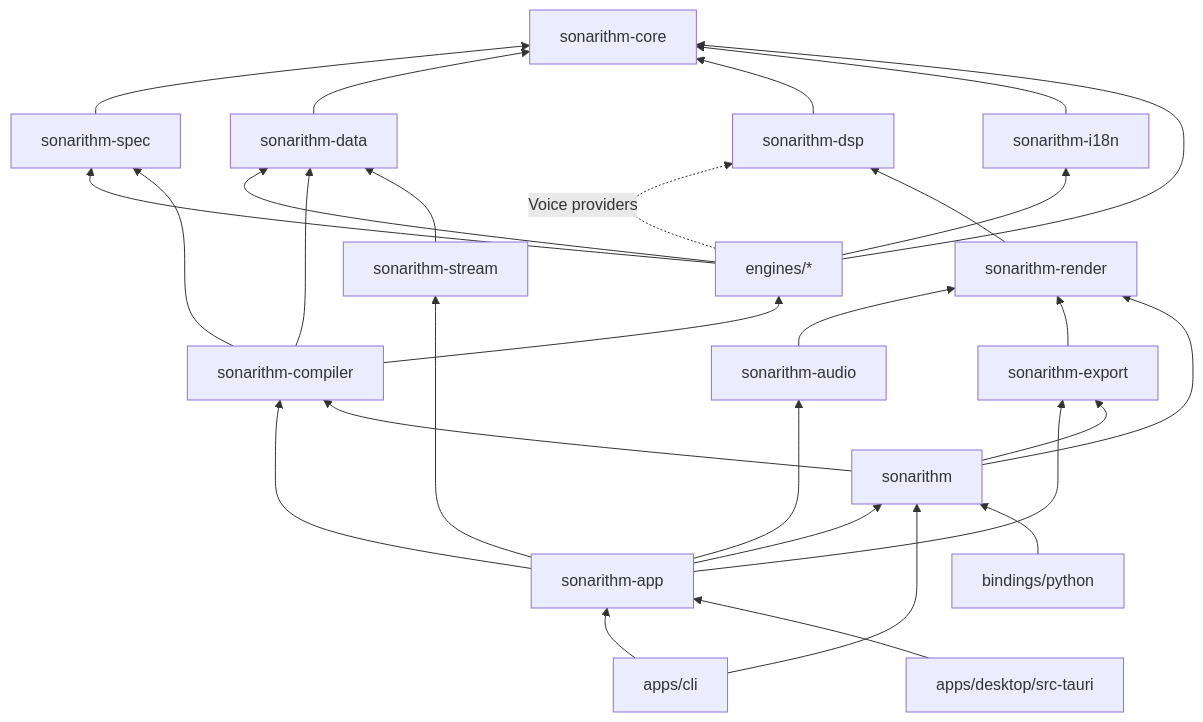
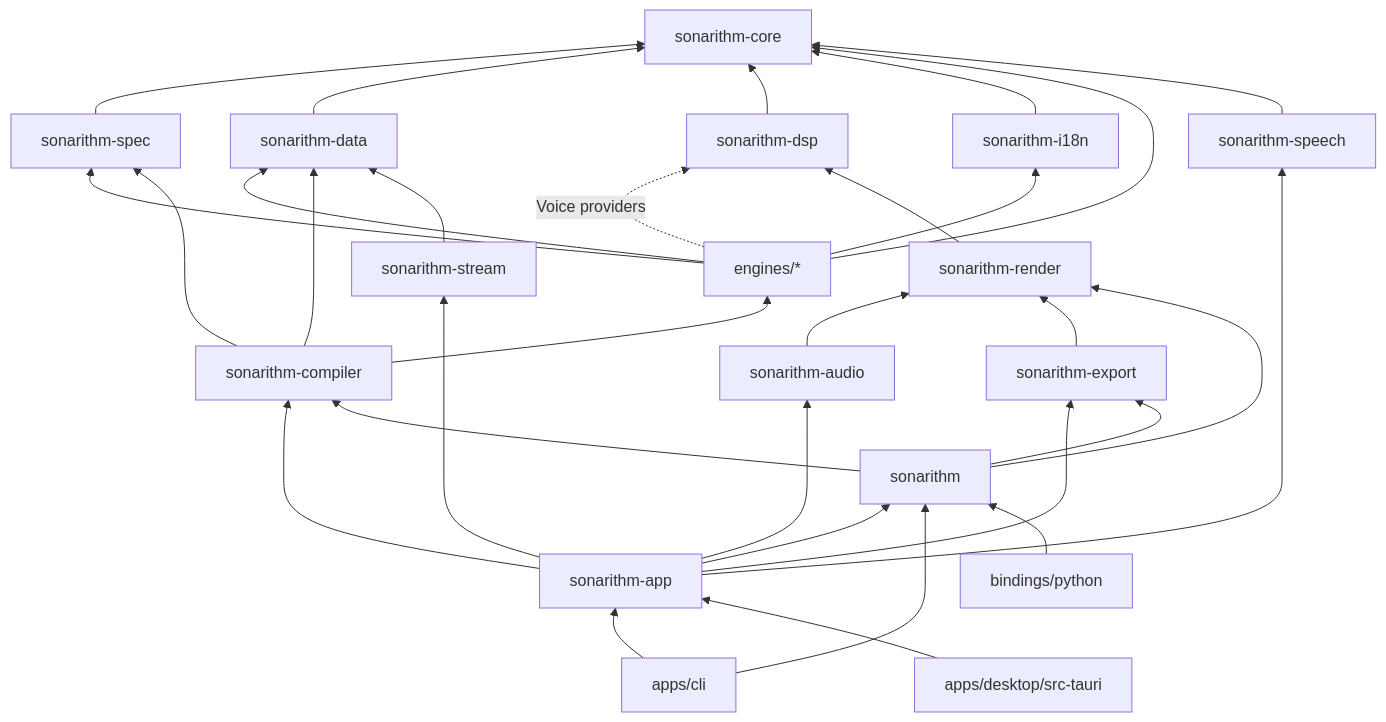
Before and after one commit to DuhItzAniket/SONARITHM: the diagram in docs/architecture/02-repository-and-crate-layout.md, drawn with Mermaid. The commit also changed other lines of this file and 38 other files, not shown here.

First line of the commit message:
feat(app): sequence speech with sonification and add self-voicing

````diff
--- a/docs/architecture/02-repository-and-crate-layout.md
+++ b/docs/architecture/02-repository-and-crate-layout.md
@@ -107,20 +107,21 @@
 ```mermaid
 flowchart BT
   core[sonarithm-core]
   spec[sonarithm-spec] --> core
   data[sonarithm-data] --> core
   dsp[sonarithm-dsp] --> core
   i18n[sonarithm-i18n] --> core
   engines[engines/*] --> core & spec & data & i18n
   engines -. Voice providers .-> dsp
   compiler[sonarithm-compiler] --> spec & data & engines
   render[sonarithm-render] --> dsp
   audio[sonarithm-audio] --> render
   export[sonarithm-export] --> render
   stream[sonarithm-stream] --> data
-  app[sonarithm-app] --> facade & compiler & audio & export & stream
+  speech[sonarithm-speech] --> core
+  app[sonarithm-app] --> facade & compiler & audio & export & stream & speech
   facade[sonarithm] --> compiler & render & export
   cli[apps/cli] --> app & facade
   desktop[apps/desktop/src-tauri] --> app
   py[bindings/python] --> facade
 ```
````
